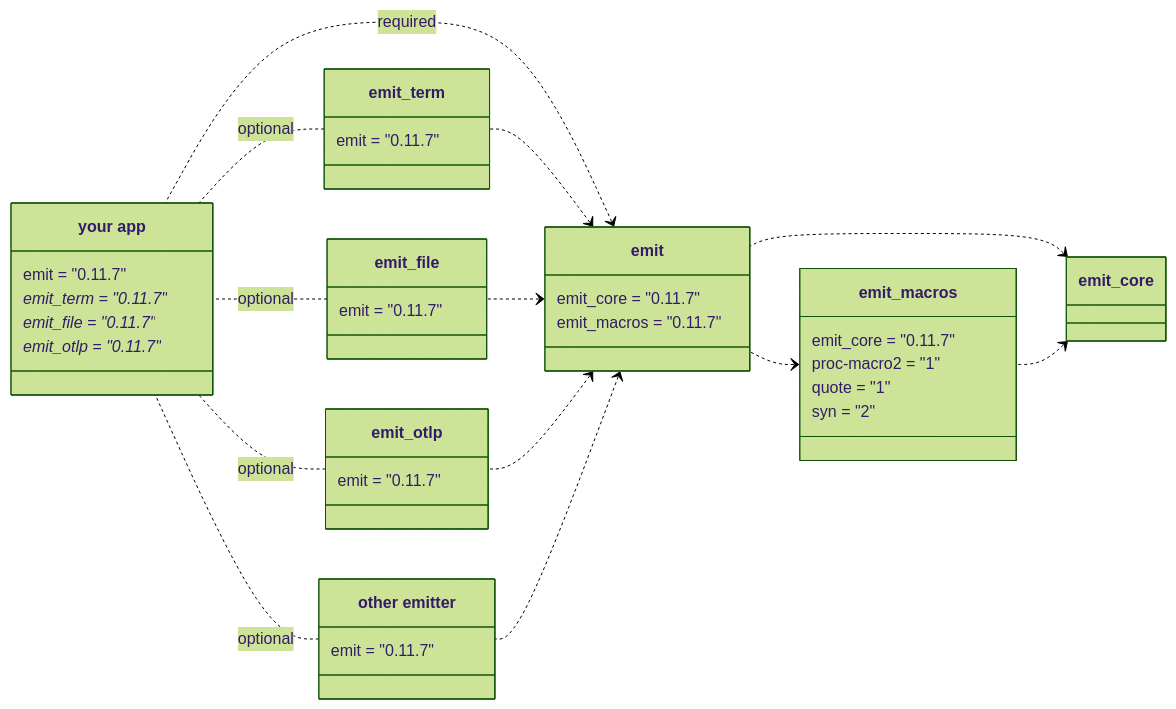
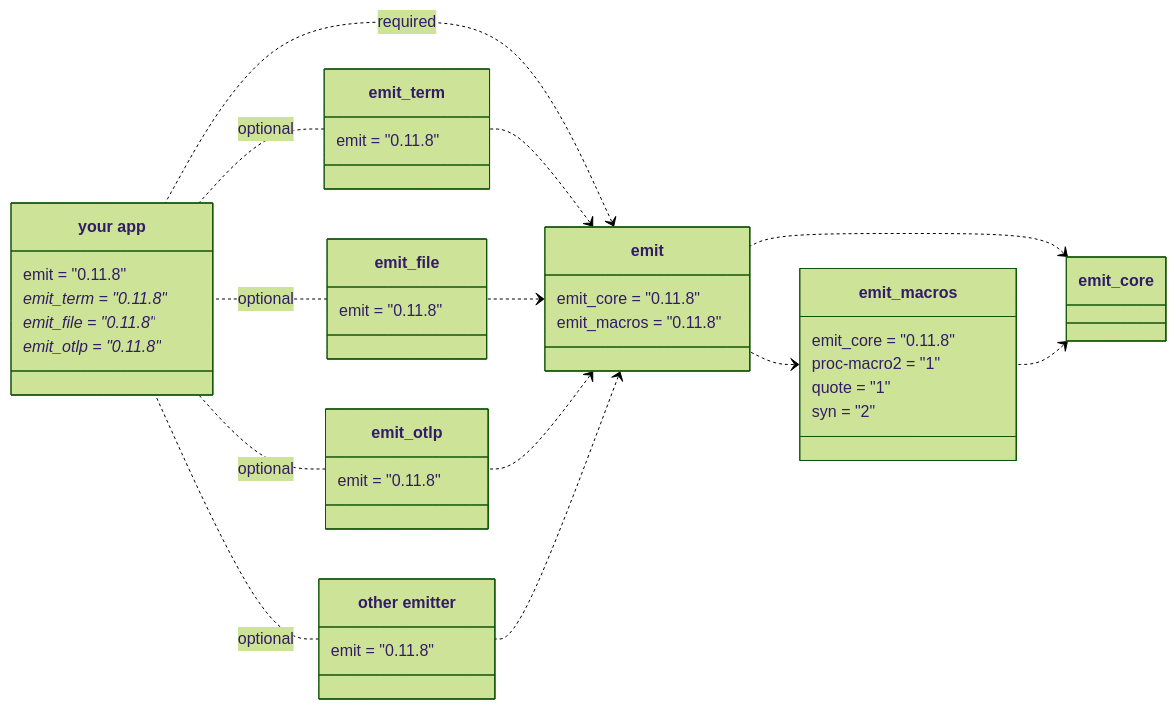
One commit to emit-rs/emit changed the first of 5 diagrams in book/src/reference/architecture.md. Above: the diagram before and after it, drawn with Mermaid (forest theme). The commit also changed other lines of this file and 58 other files, not shown here.

````diff
--- a/book/src/reference/architecture.md
+++ b/book/src/reference/architecture.md
@@ -9,62 +9,62 @@
 ```mermaid
 classDiagram
     direction RL
     
     emit_core <.. emit_macros
     emit_core <.. emit
     emit_macros <.. emit
 
     class emit_macros {
-        emit_core = "0.11.7"
+        emit_core = "0.11.8"
         proc-macro2 = "1"
         quote = "1"
         syn = "2"
     }
 
     emit <.. emit_term
     emit <.. emit_file
     emit <.. emit_otlp
     emit <.. emit_custom
 
     emit <.. app : required
 
     class emit {
-        emit_core = "0.11.7"
-        emit_macros = "0.11.7"
+        emit_core = "0.11.8"
+        emit_macros = "0.11.8"
     }
 
     emit_term .. app : optional
     emit_file .. app : optional
     emit_otlp .. app : optional
     emit_custom .. app : optional
 
     class emit_term {
-        emit = "0.11.7"
+        emit = "0.11.8"
     }
 
     class emit_file {
-        emit = "0.11.7"
+        emit = "0.11.8"
     }
 
     class emit_otlp {
-        emit = "0.11.7"
+        emit = "0.11.8"
     }
 
     class emit_custom["other emitter"] {
-        emit = "0.11.7"
+        emit = "0.11.8"
     }
 
     class app["your app"] {
-        emit = "0.11.7"
-        emit_term = "0.11.7"*
-        emit_file = "0.11.7"*
-        emit_otlp = "0.11.7"*
+        emit = "0.11.8"
+        emit_term = "0.11.8"*
+        emit_file = "0.11.8"*
+        emit_otlp = "0.11.8"*
     }
 
-    click emit_core href "https://docs.rs/emit_core/0.11.7/emit_core/index.html"
-    click emit_macros href "https://docs.rs/emit_macros/0.11.7/emit_macros/index.html"
-    click emit href "https://docs.rs/emit/0.11.7/emit/index.html"
-    click emit_term href "https://docs.rs/emit_term/0.11.7/emit_term/index.html"
-    click emit_file href "https://docs.rs/emit_file/0.11.7/emit_file/index.html"
-    click emit_otlp href "https://docs.rs/emit_otlp/0.11.7/emit_otlp/index.html"
+    click emit_core href "https://docs.rs/emit_core/0.11.8/emit_core/index.html"
+    click emit_macros href "https://docs.rs/emit_macros/0.11.8/emit_macros/index.html"
+    click emit href "https://docs.rs/emit/0.11.8/emit/index.html"
+    click emit_term href "https://docs.rs/emit_term/0.11.8/emit_term/index.html"
+    click emit_file href "https://docs.rs/emit_file/0.11.8/emit_file/index.html"
+    click emit_otlp href "https://docs.rs/emit_otlp/0.11.8/emit_otlp/index.html"
 ```
````
